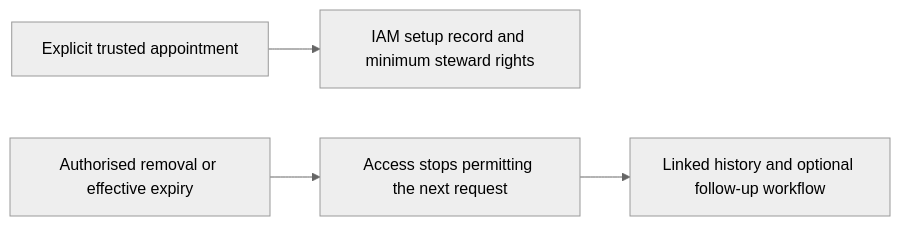
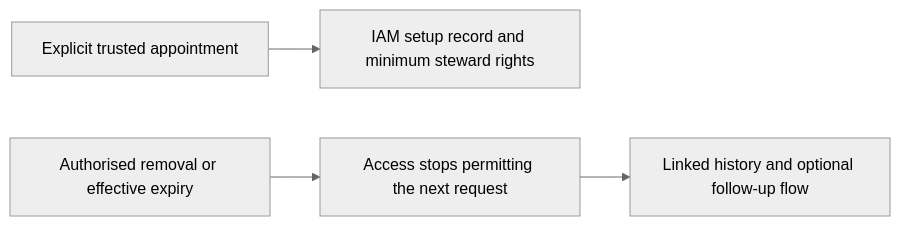
The second of 2 diagrams in docs/specification/appendices/iam-application.md (Abzum-NZ/Abzum-Vortex), drawn with Mermaid (neutral theme) before and after one commit. The commit also changed other lines of this file and 50 other files, not shown here.

````diff
--- a/docs/specification/appendices/iam-application.md
+++ b/docs/specification/appendices/iam-application.md
@@ -102,6 +76,6 @@
 ```mermaid
 flowchart LR
     SETUP[Explicit trusted appointment] --> IAM[IAM setup record and minimum steward rights]
     REVOKE[Authorised removal or effective expiry] --> ACCESS[Access stops permitting the next request]
-    ACCESS --> HISTORY[Linked history and optional follow-up workflow]
+    ACCESS --> HISTORY[Linked history and optional follow-up flow]
 ```
````
